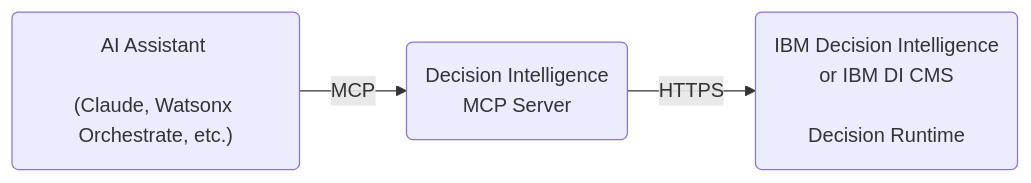
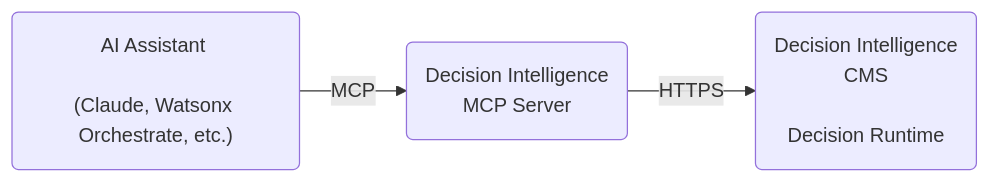
One commit to DecisionsDev/ibm-decision-intelligence-mcp-server changed the first of 2 diagrams in README.md. Above: the diagram before and after it, drawn with Mermaid. The commit also changed other lines of this file, not shown here.

Commit message:
docs: Support of only IBM DI CMS (#349)

````diff
--- a/README.md
+++ b/README.md
@@ -5,5 +5,5 @@
 ```mermaid
 flowchart LR
    client("AI Assistant <br><br>(Claude, Watsonx Orchestrate, etc.)") -- MCP --> server("Decision Intelligence<br>MCP Server")
-   server -- HTTPS --> runtime("IBM Decision Intelligence <br>or IBM DI CMS <br><br>Decision Runtime")
+   server -- HTTPS --> runtime("Decision Intelligence<br> CMS <br><br>Decision Runtime")
 ```
````
